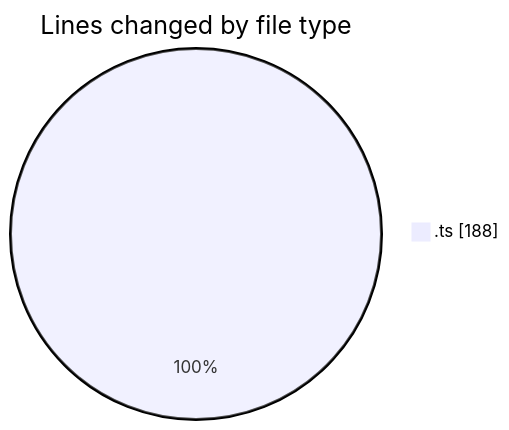
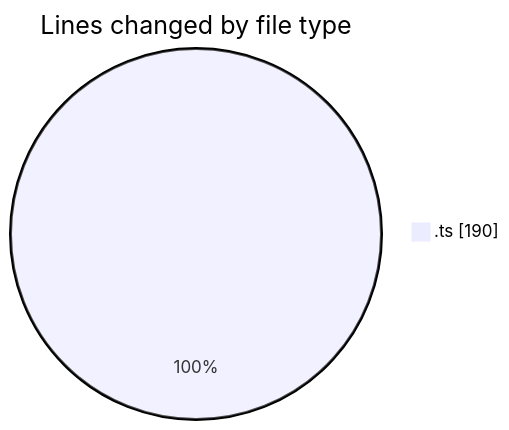
One commit to tmsrecording-cyber/code-tracking changed the first of 2 diagrams in 2026-02-09/singularitybrainai/README.md. Above: the diagram before and after it, drawn with Mermaid. The commit also changed other lines of this file and 1 other file, not shown here.

````diff
--- a/2026-02-09/singularitybrainai/README.md
+++ b/2026-02-09/singularitybrainai/README.md
@@ -20,5 +20,5 @@
 ```mermaid
 pie showData
 title Lines changed by file type
-".ts" : 188
+".ts" : 190
 ```
````
